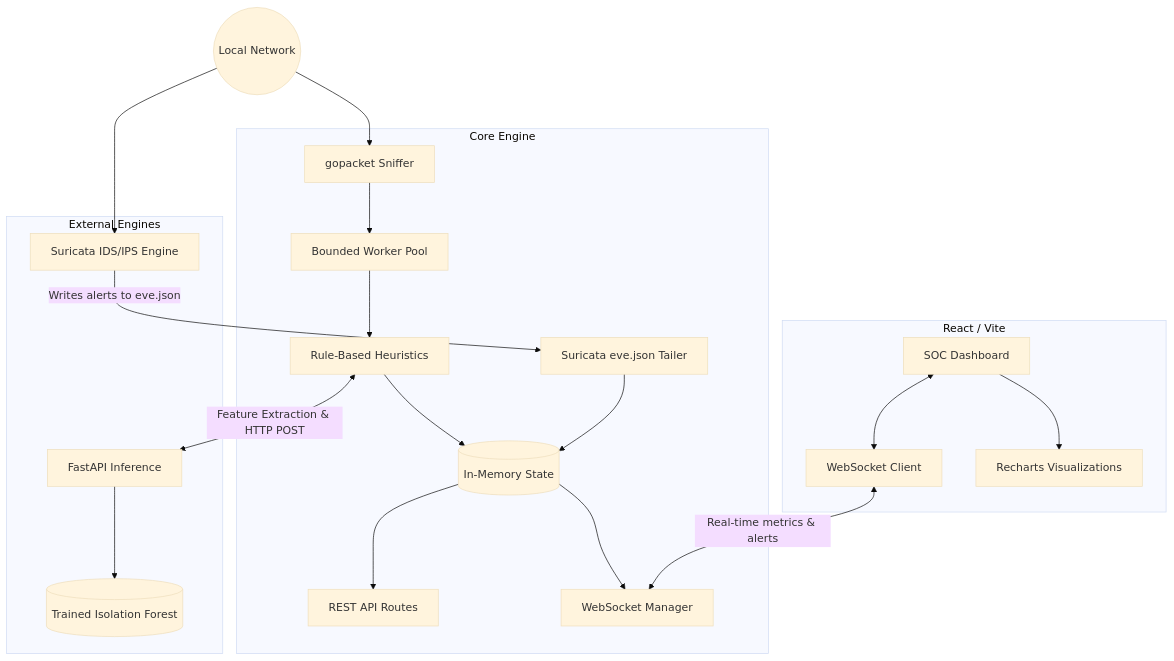
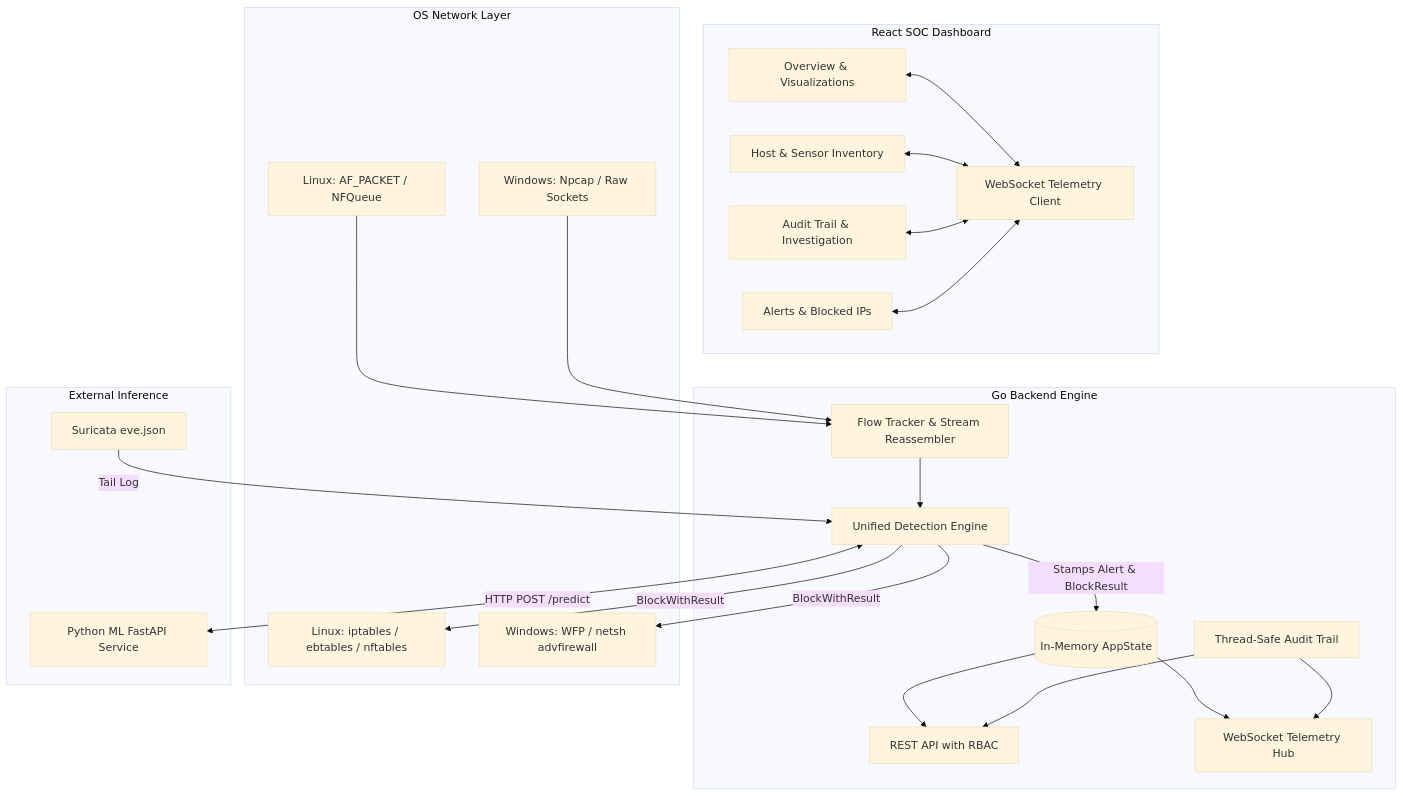
Before and after one commit to Achyuthjogi/unstable-IDPS: the diagram in README.md, drawn with Mermaid (base theme). The commit also changed other lines of this file and 39 other files, not shown here.

````diff
--- a/README.md
+++ b/README.md
@@ -24,42 +45,51 @@
 ```mermaid
 graph TD
-    subgraph Frontend [React / Vite]
-        UI[SOC Dashboard]
-        WS_Client[WebSocket Client]
-        Charts[Recharts Visualizations]
+    subgraph Frontend [React SOC Dashboard]
+        UI[Overview & Visualizations]
+        Inv[Host & Sensor Inventory]
+        Aud[Audit Trail & Investigation]
+        Alerts[Alerts & Blocked IPs]
+        WSClient[WebSocket Telemetry Client]
         
-        UI --> Charts
-        UI <--> WS_Client
+        UI <--> WSClient
+        Inv <--> WSClient
+        Aud <--> WSClient
+        Alerts <--> WSClient
     end
 
-    subgraph Go Backend [Core Engine]
-        API[REST API Routes]
-        WS_Server[WebSocket Manager]
-        State[(In-Memory State)]
-        Detection[Rule-Based Heuristics]
-        SuricataTail[Suricata eve.json Tailer]
-        Capture[gopacket Sniffer]
-        WorkerPool[Bounded Worker Pool]
+    subgraph Core [Go Backend Engine]
+        API[REST API with RBAC]
+        WSServer[WebSocket Telemetry Hub]
+        Audit[Thread-Safe Audit Trail]
+        State[(In-Memory AppState)]
+        Flows[Flow Tracker & Stream Reassembler]
+        Detection[Unified Detection Engine]
         
-        Capture --> WorkerPool
-        WorkerPool --> Detection
-        Detection --> State
-        SuricataTail --> State
-        State --> WS_Server
+        Detection -->|Stamps Alert & BlockResult| State
+        State --> WSServer
         State --> API
-    end
-    
-    subgraph External Engines
-        ML_API[FastAPI Inference]
-        ML_MODEL[(Trained Isolation Forest)]
-        Suricata[Suricata IDS/IPS Engine]
-        
-        ML_API --> ML_MODEL
+        Audit --> API
+        Audit --> WSServer
     end
 
-    Detection <-->|Feature Extraction & HTTP POST| ML_API
-    Suricata -->|Writes alerts to eve.json| SuricataTail
-    WS_Client <-->|Real-time metrics & alerts| WS_Server
-    Network((Local Network)) --> Capture
-    Network --> Suricata
+    subgraph Platform Adapters [OS Network Layer]
+        LinuxCap[Linux: AF_PACKET / NFQueue]
+        LinuxFW[Linux: iptables / ebtables / nftables]
+        WinCap[Windows: Npcap / Raw Sockets]
+        WinFW[Windows: WFP / netsh advfirewall]
+        
+        LinuxCap --> Flows
+        WinCap --> Flows
+        Flows --> Detection
+        Detection -->|BlockWithResult| LinuxFW
+        Detection -->|BlockWithResult| WinFW
+    end
+
+    subgraph External Inference
+        ML[Python ML FastAPI Service]
+        Suricata[Suricata eve.json]
+        
+        Detection <-->|HTTP POST /predict| ML
+        Suricata -->|Tail Log| Detection
+    end
 ```
````
